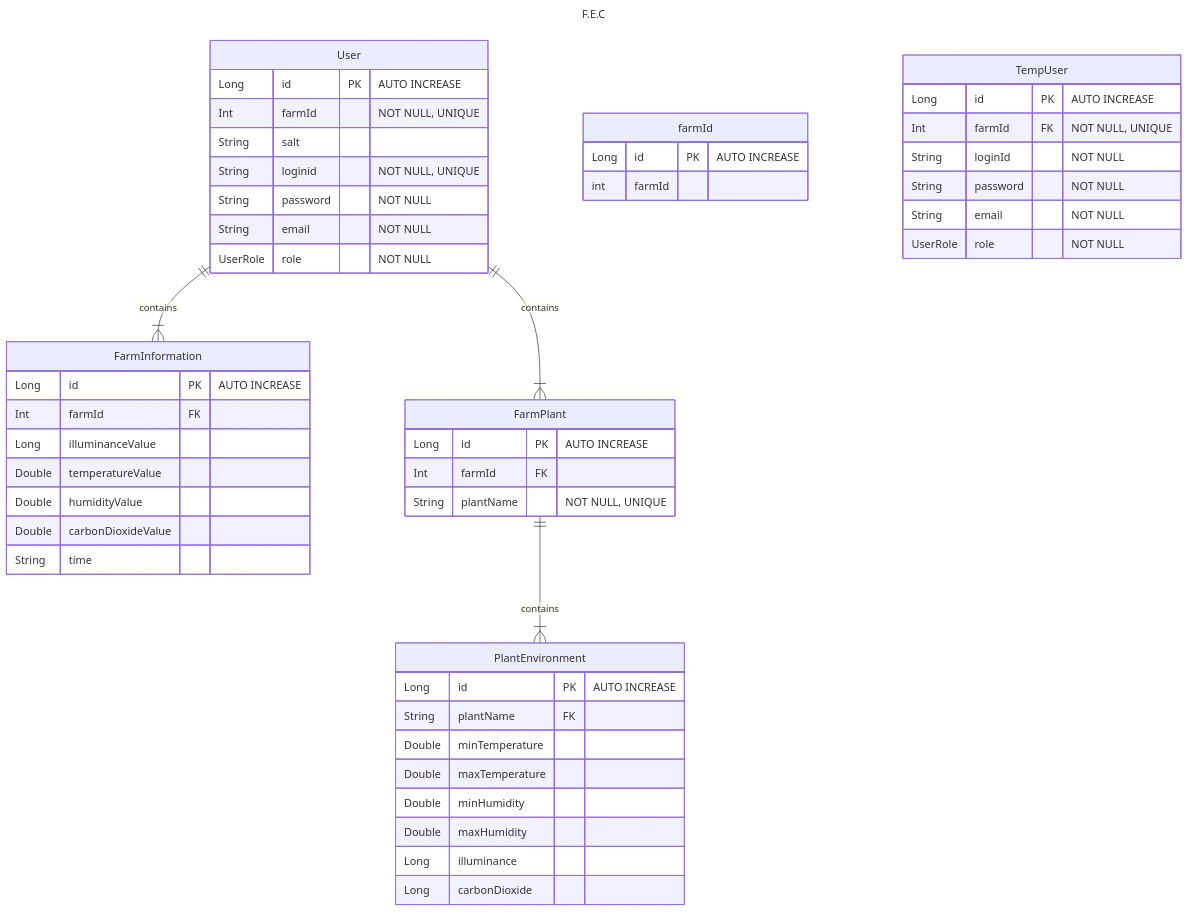
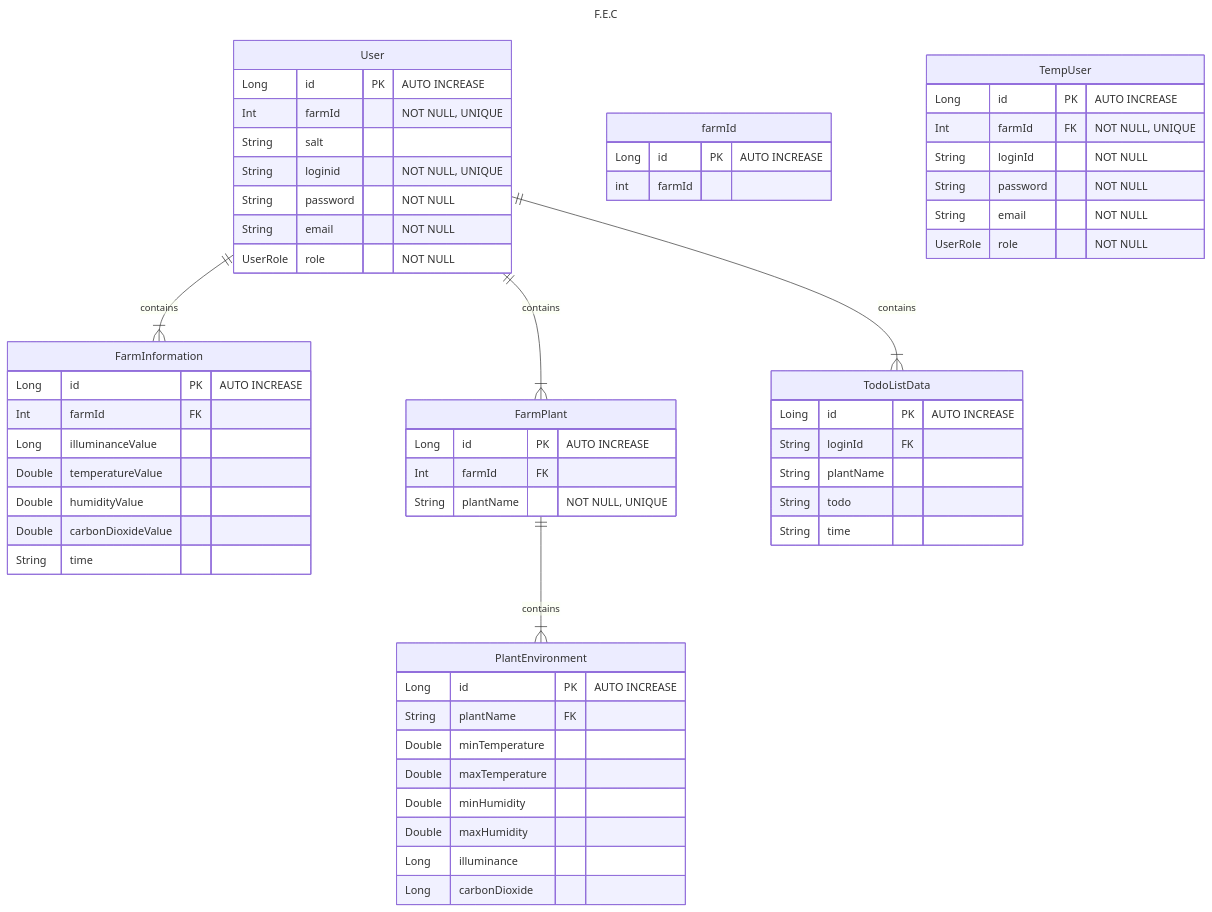
One commit to tmdgjs306/2023_BootCamp_FEC changed the diagram in ERD.md. Above: the diagram before and after it, drawn with Mermaid.

Commit message:
ER Diagram V1.2

````diff
--- a/ERD.md
+++ b/ERD.md
@@ -1,57 +1,64 @@
 ```mermaid
 ---
 title: F.E.C
 ---
-
 erDiagram
     User ||--|{ FarmInformation : contains
     User ||--|{ FarmPlant : contains
+    User ||--|{ TodoListData : contains
     User{
         Long id PK "AUTO INCREASE"
         Int farmId "NOT NULL, UNIQUE"
         String salt
         String loginid "NOT NULL, UNIQUE" 
         String password "NOT NULL"
         String email "NOT NULL"
         UserRole role "NOT NULL"
     }
 
     farmId{
         Long id PK "AUTO INCREASE"
         int farmId
     }
 
     TempUser{
         Long id PK "AUTO INCREASE"
         Int farmId FK "NOT NULL, UNIQUE"
         String loginId "NOT NULL"
         String password "NOT NULL"
         String email "NOT NULL"
         UserRole role "NOT NULL"
     }
     FarmInformation{
         Long id PK "AUTO INCREASE"
         Int farmId FK 
         Long illuminanceValue 
         Double temperatureValue
         Double humidityValue
         Double carbonDioxideValue
         String time
     }
     FarmPlant ||--|{ PlantEnvironment : contains
     FarmPlant{
         Long id PK "AUTO INCREASE"
         Int farmId FK 
         String plantName "NOT NULL, UNIQUE"
     }
     PlantEnvironment{
         Long id PK "AUTO INCREASE"
         String plantName FK
         Double minTemperature
         Double maxTemperature
         Double minHumidity
         Double maxHumidity
         Long illuminance
         Long carbonDioxide
     }
+    TodoListData{
+        Loing id PK "AUTO INCREASE"
+        String loginId FK
+        String plantName
+        String todo
+        String time
+    }
 ```
````
